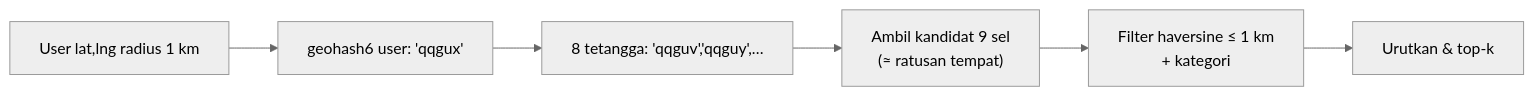
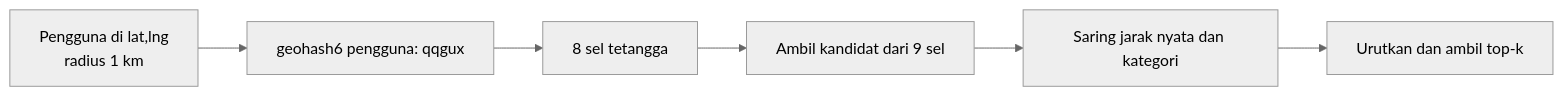
The second of 2 diagrams in src/content/lessons/bagian-3/yelp-proximity.mdx (andreanpradanaa/sysdesign-lab), drawn with Mermaid (neutral theme) before and after one commit. The commit also changed other lines of this file and 17 other files, not shown here.

````diff
--- a/src/content/lessons/bagian-3/yelp-proximity.mdx
+++ b/src/content/lessons/bagian-3/yelp-proximity.mdx
@@ -179,8 +194,8 @@
 ```mermaid
 flowchart LR
-  U[User lat,lng radius 1 km] --> G[geohash6 user: 'qqgux']
-  G --> N[8 tetangga: 'qqguv','qqguy',…]
-  N --> F["Ambil kandidat 9 sel\n(≈ ratusan tempat)"]
-  F --> H[Filter haversine ≤ 1 km\n+ kategori]
-  H --> S[Urutkan & top-k]
+  U[Pengguna di lat,lng\nradius 1 km] --> G[geohash6 pengguna: qqgux]
+  G --> N[8 sel tetangga]
+  N --> F[Ambil kandidat dari 9 sel]
+  F --> H[Saring jarak nyata dan kategori]
+  H --> S[Urutkan dan ambil top-k]
 ```
````
